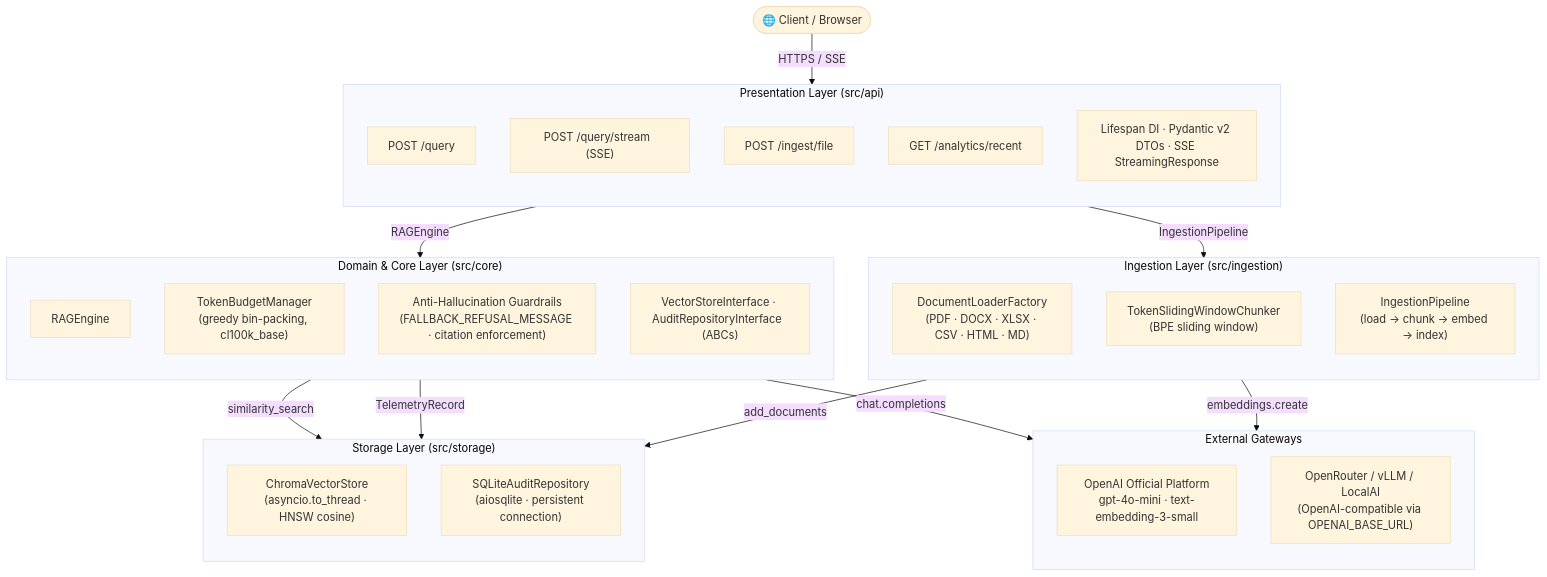
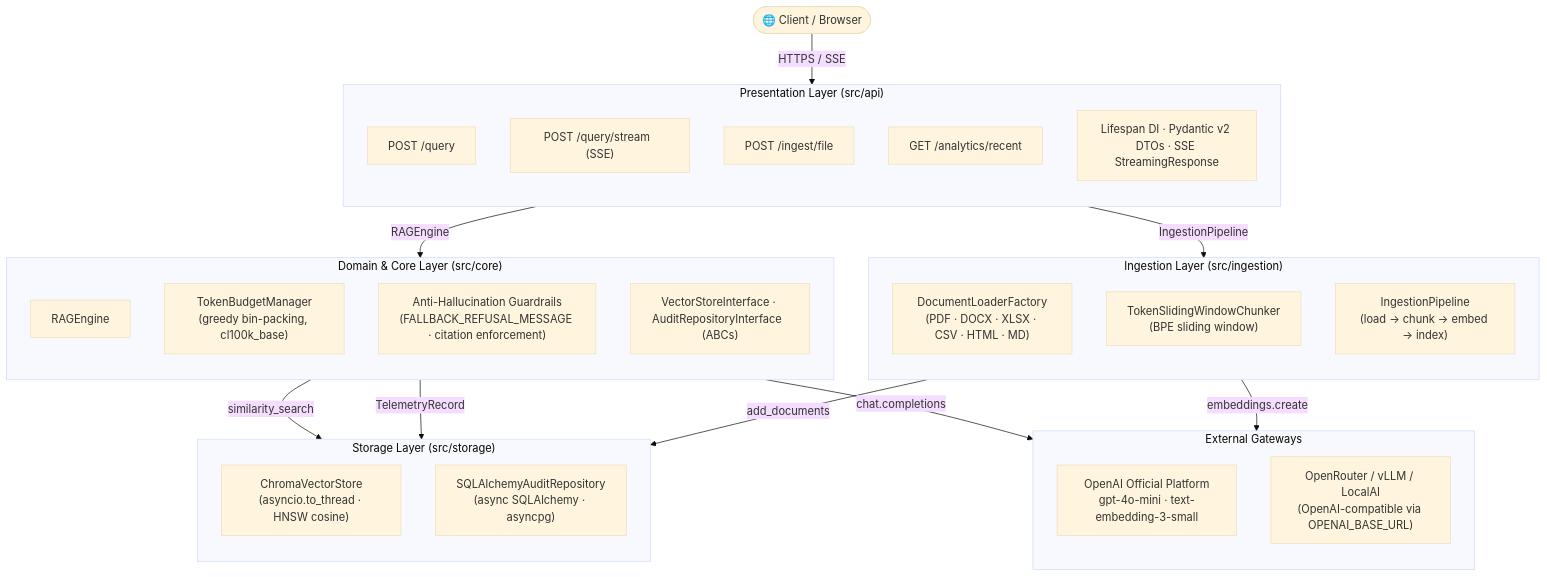
Before and after one commit to Nazar-Plokhuta/docuquery-rag-agent: the diagram in README.md, drawn with Mermaid (base theme). The commit also changed other lines of this file and 26 other files, not shown here.

Commit message:
feat(storage): migrate telemetry audit layer to SQLAlchemy 2.0 and Alembic

````diff
--- a/README.md
+++ b/README.md
@@ -34,49 +34,49 @@
 ```mermaid
 flowchart TD
     Client(["🌐 Client / Browser"])
 
     subgraph Presentation["Presentation Layer  (src/api)"]
         direction TB
         R1["POST /query"]
         R2["POST /query/stream  (SSE)"]
         R3["POST /ingest/file"]
         R4["GET  /analytics/recent"]
         DI["Lifespan DI · Pydantic v2 DTOs · SSE StreamingResponse"]
     end
 
     subgraph Domain["Domain & Core Layer  (src/core)"]
         direction TB
         RAG["RAGEngine"]
         TBM["TokenBudgetManager\n(greedy bin-packing, cl100k_base)"]
         AHG["Anti-Hallucination Guardrails\n(FALLBACK_REFUSAL_MESSAGE · citation enforcement)"]
         ABCs["VectorStoreInterface · AuditRepositoryInterface  (ABCs)"]
     end
 
     subgraph Ingestion["Ingestion Layer  (src/ingestion)"]
         direction TB
         LD["DocumentLoaderFactory\n(PDF · DOCX · XLSX · CSV · HTML · MD)"]
         CHK["TokenSlidingWindowChunker\n(BPE sliding window)"]
         PIP["IngestionPipeline\n(load → chunk → embed → index)"]
     end
 
     subgraph Storage["Storage Layer  (src/storage)"]
         direction TB
         VEC["ChromaVectorStore\n(asyncio.to_thread · HNSW cosine)"]
-        ADB["SQLiteAuditRepository\n(aiosqlite · persistent connection)"]
+        ADB["SQLAlchemyAuditRepository\n(async SQLAlchemy · asyncpg)"]
     end
 
     subgraph Gateways["External Gateways"]
         direction TB
         OAI["OpenAI Official Platform\ngpt-4o-mini · text-embedding-3-small"]
         ORT["OpenRouter / vLLM / LocalAI\n(OpenAI-compatible via OPENAI_BASE_URL)"]
     end
 
     Client -->|"HTTPS / SSE"| Presentation
     Presentation -->|"RAGEngine"| Domain
     Presentation -->|"IngestionPipeline"| Ingestion
     Domain -->|"similarity_search"| Storage
     Domain -->|"TelemetryRecord"| Storage
     Ingestion -->|"add_documents"| Storage
     Domain -->|"chat.completions"| Gateways
     Ingestion -->|"embeddings.create"| Gateways
 ```
````
